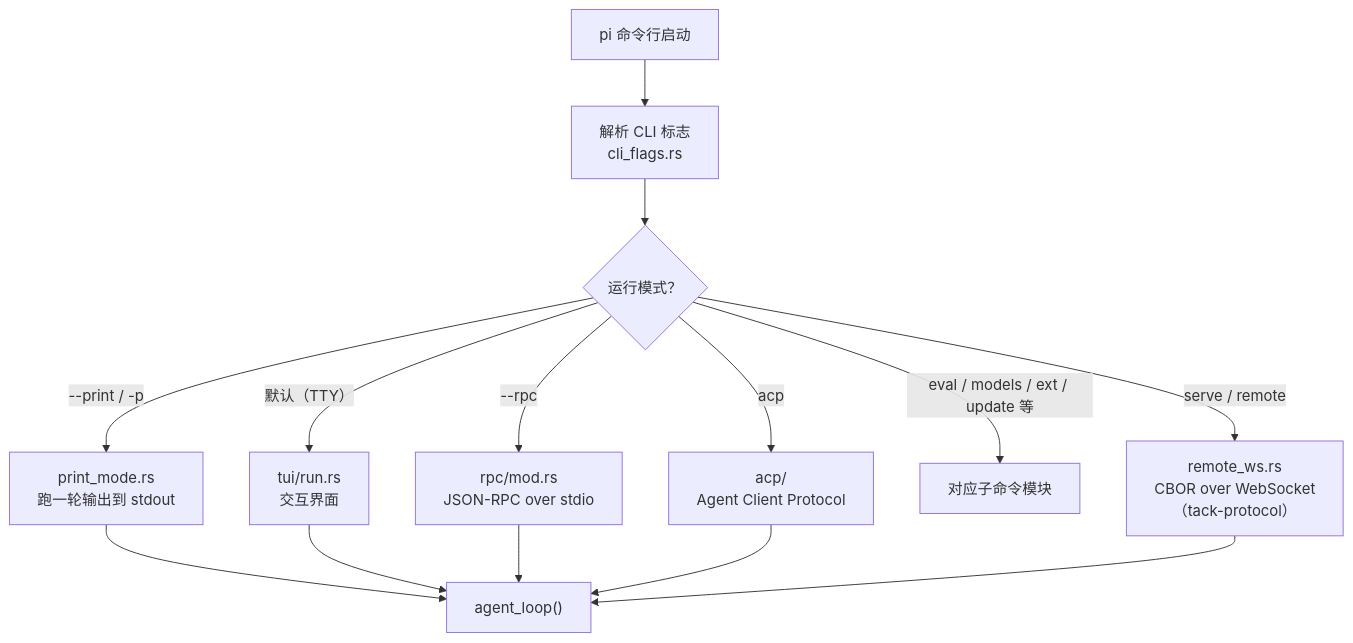
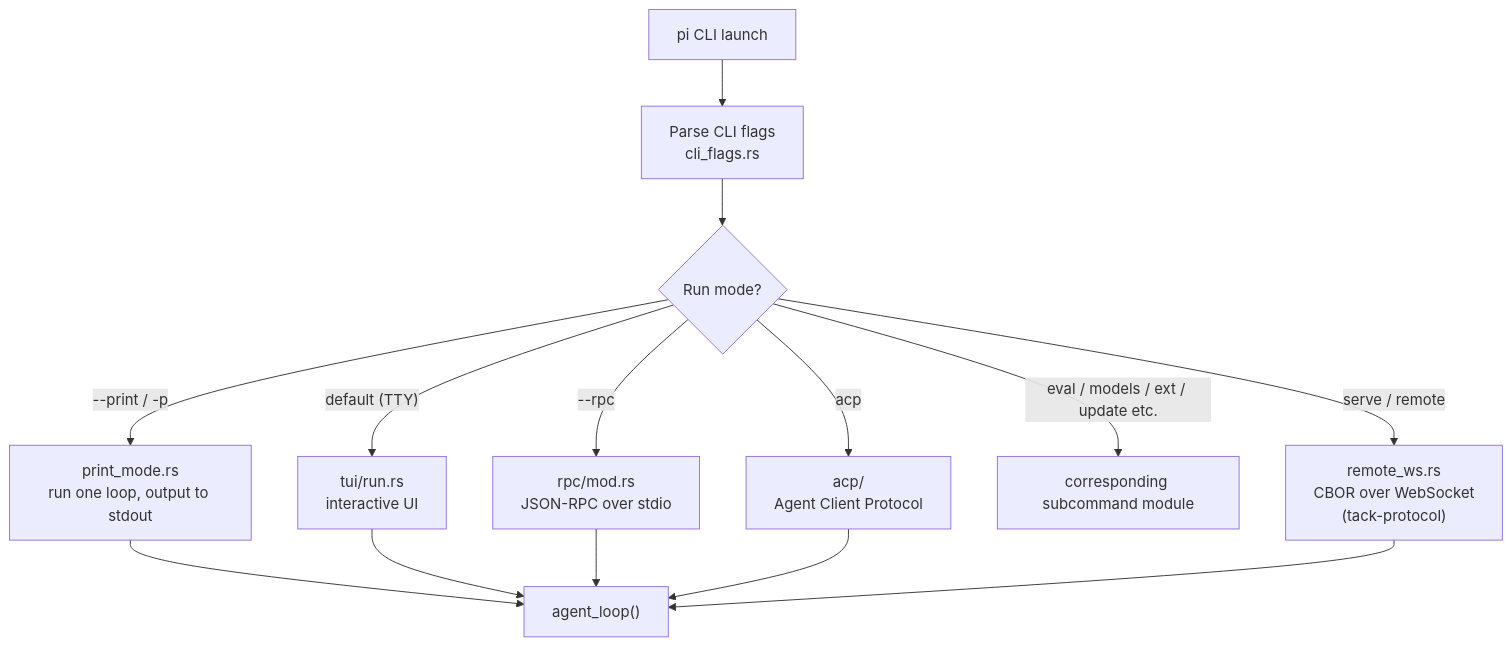
The second of 5 diagrams in docs/onboarding.md (Tack-AI/tack), drawn with Mermaid before and after one commit. The commit also changed other lines of this file and 46 other files, not shown here.

````diff
--- a/docs/onboarding.md
+++ b/docs/onboarding.md
@@ -166,16 +168,16 @@
 ```mermaid
 flowchart TD
-    START["pi 命令行启动"] --> PARSE["解析 CLI 标志<br/>cli_flags.rs"]
-    PARSE --> MODE{"运行模式？"}
+    START["pi CLI launch"] --> PARSE["Parse CLI flags<br/>cli_flags.rs"]
+    PARSE --> MODE{"Run mode?"}
     MODE -->|"--rpc"| RPC["rpc/mod.rs<br/>JSON-RPC over stdio"]
     MODE -->|"acp"| ACP["acp/<br/>Agent Client Protocol"]
-    MODE -->|"serve / remote"| SERVE["remote_ws.rs<br/>CBOR over WebSocket<br/>（tack-protocol）"]
-    MODE -->|"--print / -p"| PRINTMODE["print_mode.rs<br/>跑一轮输出到 stdout"]
-    MODE -->|"eval / models / ext / update 等"| SUB["对应子命令模块"]
-    MODE -->|"默认（TTY）"| TUIMODE["tui/run.rs<br/>交互界面"]
+    MODE -->|"serve / remote"| SERVE["remote_ws.rs<br/>CBOR over WebSocket<br/>(tack-protocol)"]
+    MODE -->|"--print / -p"| PRINTMODE["print_mode.rs<br/>run one loop, output to stdout"]
+    MODE -->|"eval / models / ext / update etc."| SUB["corresponding subcommand module"]
+    MODE -->|"default (TTY)"| TUIMODE["tui/run.rs<br/>interactive UI"]
     PRINTMODE --> LOOP["agent_loop()"]
     TUIMODE --> LOOP
     RPC --> LOOP
     ACP --> LOOP
     SERVE --> LOOP
 ```
````
